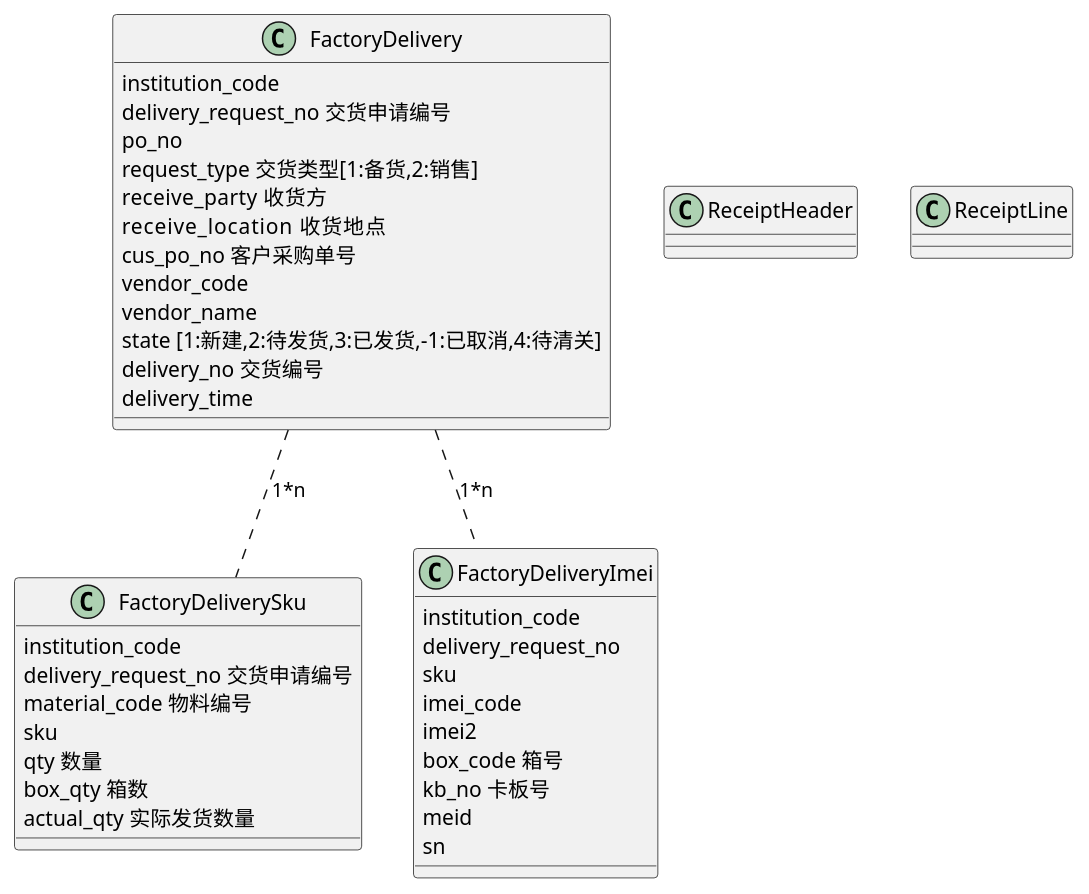
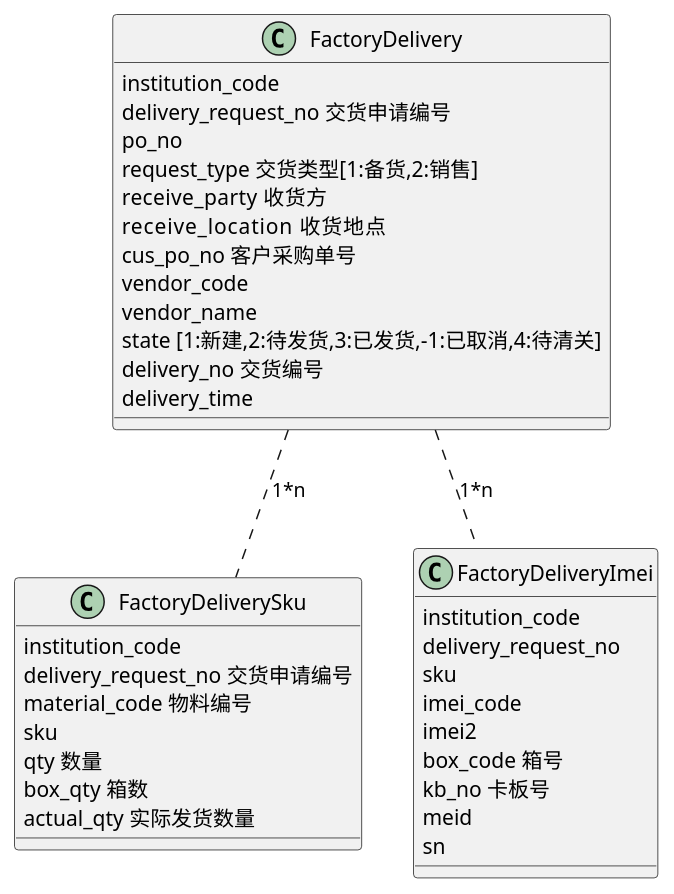
The diagram in uml/wms/factoryDelivery/factoryDelivery-class.puml (newbigTech/myDesignPattern), drawn with PlantUML before and after one commit.

Commit message:
uml图

```diff
--- a/uml/wms/factoryDelivery/factoryDelivery-class.puml
+++ b/uml/wms/factoryDelivery/factoryDelivery-class.puml
@@ -1,51 +1,51 @@
 @startuml
 
 class FactoryDelivery {
     institution_code
     delivery_request_no 交货申请编号
     po_no
     request_type 交货类型[1:备货,2:销售]
     receive_party  收货方
     receive_location    收货地点
     cus_po_no 客户采购单号
     vendor_code
     vendor_name
     state [1:新建,2:待发货,3:已发货,-1:已取消,4:待清关]
     delivery_no 交货编号
     delivery_time
 }
 
 class FactoryDeliverySku {
     institution_code
     delivery_request_no 交货申请编号
     material_code 物料编号
     sku
     qty 数量
     box_qty 箱数
     actual_qty 实际发货数量
 }
 
 class FactoryDeliveryImei{
     institution_code
     delivery_request_no
     sku
     imei_code
     imei2
     box_code 箱号
     kb_no 卡板号
     meid
     sn
 }
 
-class ReceiptHeader{
-
-}
-
-class ReceiptLine {
-
-}
+'class ReceiptHeader{
+'
+'}
+'
+'class ReceiptLine {
+'
+'}
 
 FactoryDelivery .. FactoryDeliverySku:1*n
 FactoryDelivery .. FactoryDeliveryImei:1*n
 
 @enduml
```
